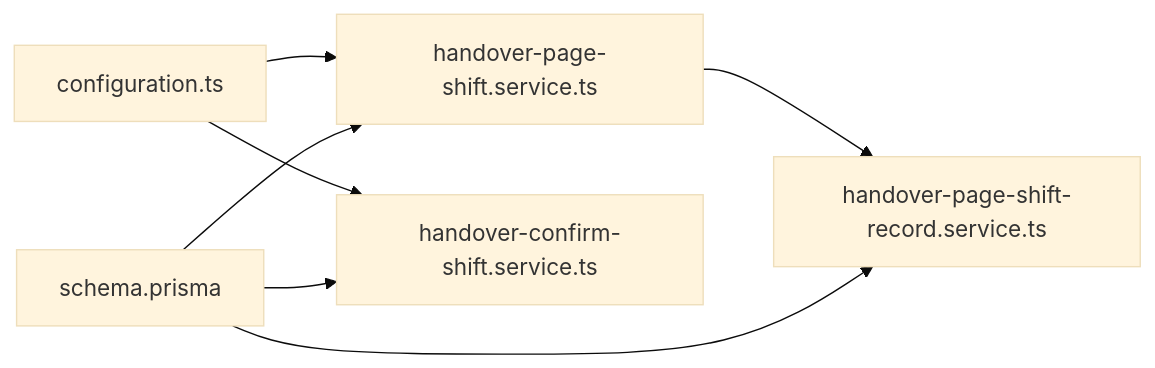
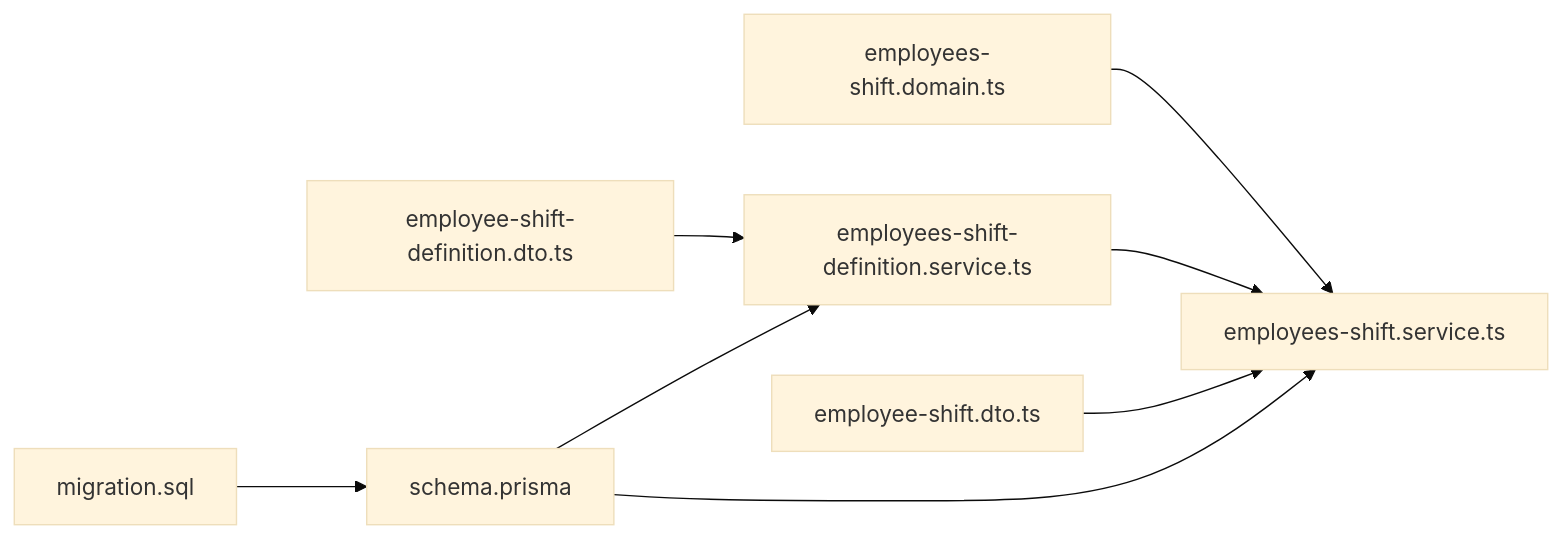
One commit to rc558620/purelyprofit-server changed the sixth of 6 diagrams in .qoder/repowiki/zh/content/业务模块/员工管理模块/员工排班管理.md. Above: the diagram before and after it, drawn with Mermaid (base theme). The commit also changed other lines of this file and 78 other files, not shown here.

````diff
--- a/.qoder/repowiki/zh/content/业务模块/员工管理模块/员工排班管理.md
+++ b/.qoder/repowiki/zh/content/业务模块/员工管理模块/员工排班管理.md
@@ -269,9 +320,10 @@
 ```mermaid
 graph LR
-CONFIG["configuration.ts"] --> PAGE["handover-page-shift.service.ts"]
-CONFIG --> CONFIRM["handover-confirm-shift.service.ts"]
-PAGE --> RECORD["handover-page-shift-record.service.ts"]
-PRISMA["schema.prisma"] --> PAGE
-PRISMA --> CONFIRM
-PRISMA --> RECORD
+DOMAIN["employees-shift.domain.ts"] --> SERVICE["employees-shift.service.ts"]
+DEF_SERVICE["employees-shift-definition.service.ts"] --> SERVICE
+DTO_SHIFT["employee-shift.dto.ts"] --> SERVICE
+DTO_DEF["employee-shift-definition.dto.ts"] --> DEF_SERVICE
+PRISMA["schema.prisma"] --> SERVICE
+PRISMA --> DEF_SERVICE
+MIGRATION["migration.sql"] --> PRISMA
 ```
````
